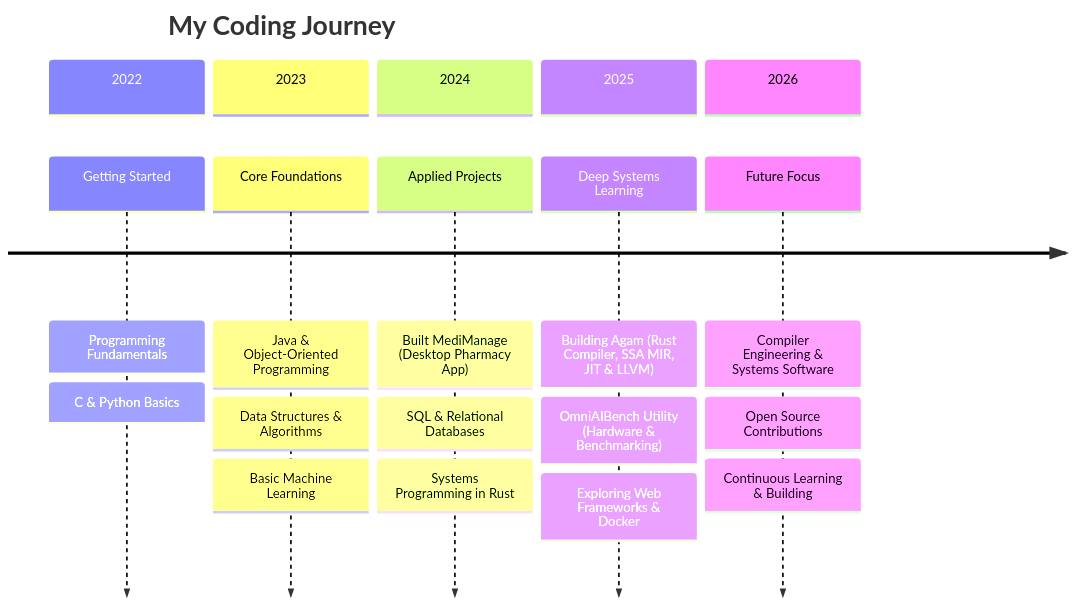
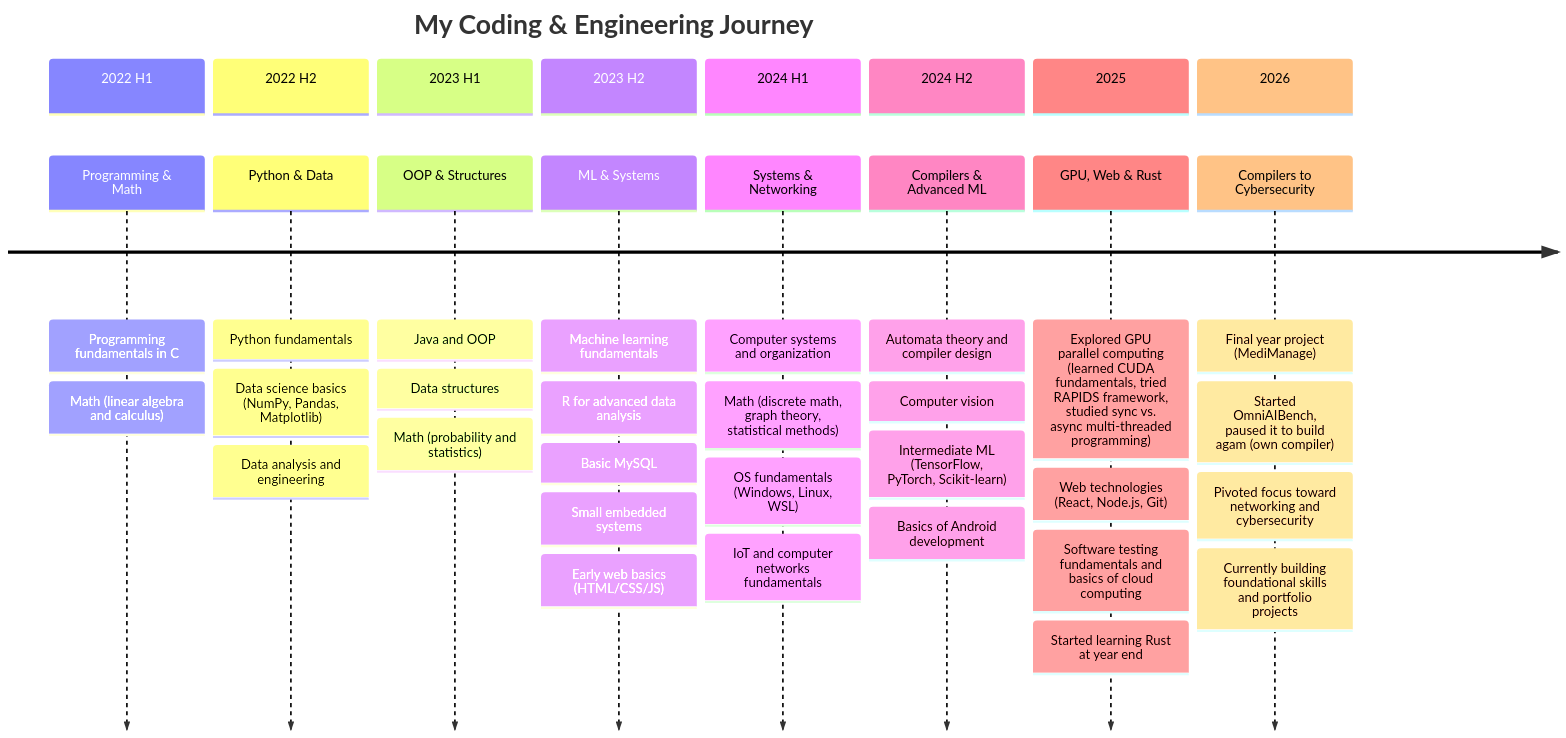
Before and after one commit to vikash236/vikash236: the diagram in README.md, drawn with Mermaid. The commit also changed other lines of this file, not shown here.

````diff
--- a/README.md
+++ b/README.md
@@ -394,23 +432,41 @@
 ```mermaid
 timeline
-    title My Coding Journey
-    section 2022
-        Getting Started : Programming Fundamentals
-                        : C & Python Basics
-    section 2023
-        Core Foundations : Java & Object-Oriented Programming
-                         : Data Structures & Algorithms
-                         : Basic Machine Learning
-    section 2024
-        Applied Projects : Built MediManage (Desktop Pharmacy App)
-                         : SQL & Relational Databases
-                         : Systems Programming in Rust
+    title My Coding & Engineering Journey
+    section 2022 H1
+        Programming & Math : Programming fundamentals in C
+                           : Math (linear algebra and calculus)
+    section 2022 H2
+        Python & Data : Python fundamentals
+                      : Data science basics (NumPy, Pandas, Matplotlib)
+                      : Data analysis and engineering
+    section 2023 H1
+        OOP & Structures : Java and OOP
+                         : Data structures
+                         : Math (probability and statistics)
+    section 2023 H2
+        ML & Systems : Machine learning fundamentals
+                     : R for advanced data analysis
+                     : Basic MySQL
+                     : Small embedded systems
+                     : Early web basics (HTML/CSS/JS)
+    section 2024 H1
+        Systems & Networking : Computer systems and organization
+                             : Math (discrete math, graph theory, statistical methods)
+                             : OS fundamentals (Windows, Linux, WSL)
+                             : IoT and computer networks fundamentals
+    section 2024 H2
+        Compilers & Advanced ML : Automata theory and compiler design
+                                : Computer vision
+                                : Intermediate ML (TensorFlow, PyTorch, Scikit-learn)
+                                : Basics of Android development
     section 2025
-        Deep Systems Learning : Building Agam (Rust Compiler, SSA MIR, JIT & LLVM)
-                              : OmniAIBench Utility (Hardware & Benchmarking)
-                              : Exploring Web Frameworks & Docker
+        GPU, Web & Rust : Explored GPU parallel computing (learned CUDA fundamentals, tried RAPIDS framework, studied sync vs. async multi-threaded programming)
+                        : Web technologies (React, Node.js, Git)
+                        : Software testing fundamentals and basics of cloud computing
+                        : Started learning Rust at year end
     section 2026
-        Future Focus : Compiler Engineering & Systems Software
-                     : Open Source Contributions
-                     : Continuous Learning & Building
+        Compilers to Cybersecurity : Final year project (MediManage)
+                                   : Started OmniAIBench, paused it to build agam (own compiler)
+                                   : Pivoted focus toward networking and cybersecurity
+                                   : Currently building foundational skills and portfolio projects
 ```
````
